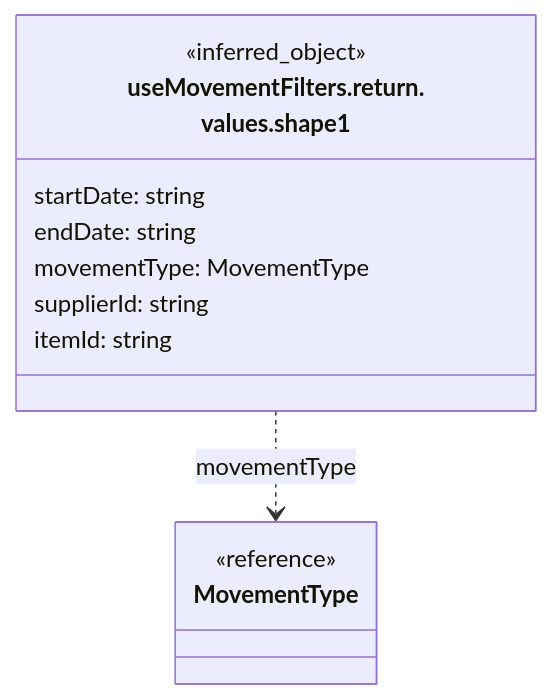
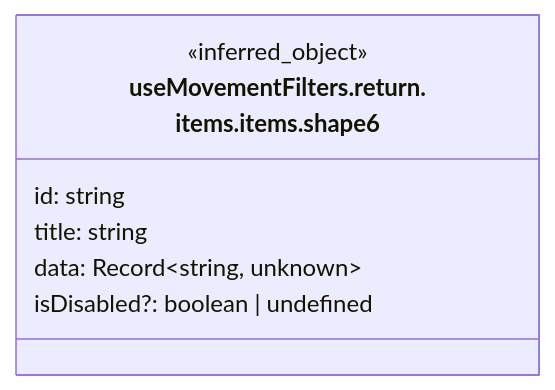
One commit to gpgsistemas01/nexus changed diagram 17 of 27 in front/docs/architecture/views/logical/type-reference/movements.md. Above: the diagram before and after it, drawn with Mermaid. The commit also changed other lines of this file and 37 other files, not shown here.

Commit message:
docs: depurar diagramas y conservar contratos propios del frontend

````diff
--- a/front/docs/architecture/views/logical/type-reference/movements.md
+++ b/front/docs/architecture/views/logical/type-reference/movements.md
@@ -525,16 +596,11 @@
 ```mermaid
 classDiagram
-    direction TB
-    class Subject["useMovementFilters.return.<br/>values.shape1"] {
+    direction LR
+    class Subject["useMovementFilters.return.<br/>items.items.shape6"] {
         <<inferred_object>>
-        startDate: string
-        endDate: string
-        movementType: MovementType
-        supplierId: string
-        itemId: string
+        id: string
+        title: string
+        data: Record~string, unknown~
+        isDisabled?: boolean | undefined
     }
-    class R0["MovementType"] {
-        <<reference>>
-    }
-    Subject ..> R0 : movementType
 ```
````
